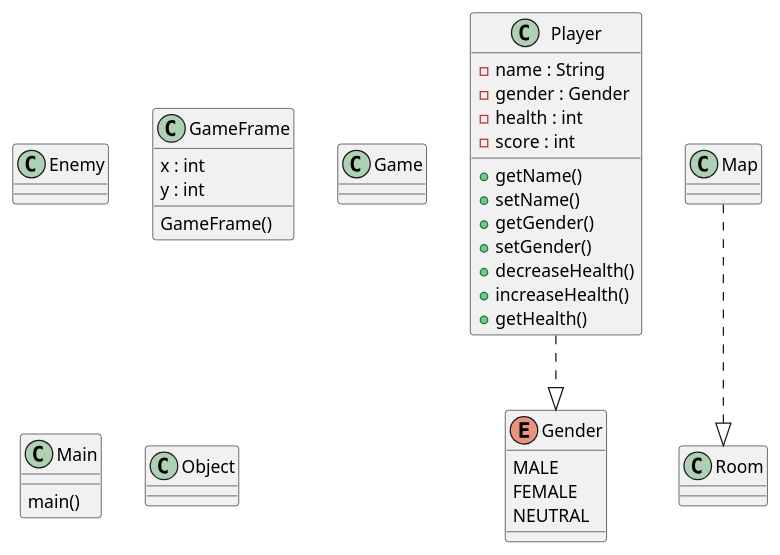
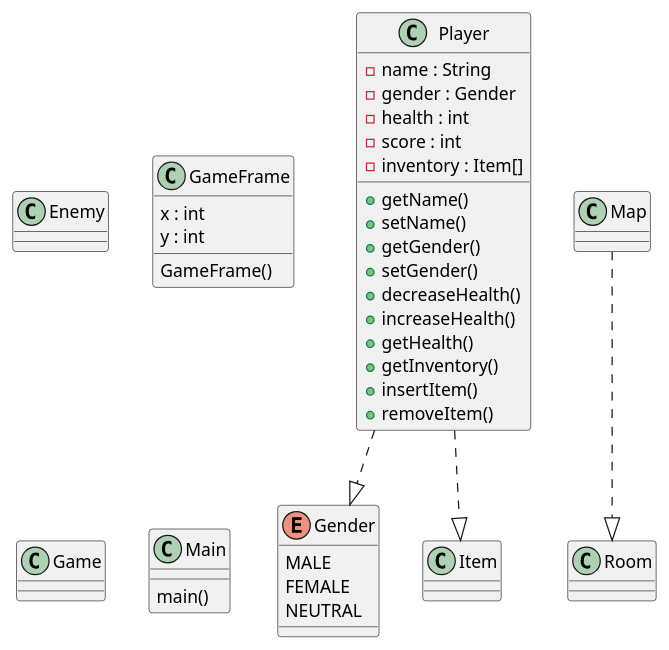
The diagram in Diagrams/DesignClassModel.plantuml (nardib/TextAdventure), drawn with PlantUML before and after one commit. The commit also changed 5 other files, not shown here.

Commit message:
Little modifications to Diagrams and added inventory and it's relative methods in Player class

```diff
--- a/Diagrams/DesignClassModel.plantuml
+++ b/Diagrams/DesignClassModel.plantuml
@@ -1,40 +1,45 @@
 @startuml DesignClassModel
 
     class Player {
         -name : String
         -gender : Gender
         -health : int
-        -score : int    
+        -score : int
+        -inventory : Item[]
         +getName()
         +setName()
         +getGender()
         +setGender()
         +decreaseHealth()
         +increaseHealth()
         +getHealth()
+        +getInventory()
+        +insertItem()
+        +removeItem()
     }
 
     enum Gender {
         MALE
         FEMALE
         NEUTRAL
     }
     class Enemy
     class GameFrame {
         x : int
         y : int
         GameFrame()
     }
     class Game
     class Main {
         main()
     }
-    class Object
+    class Item
     class Map
     class Room
 
     Player ..|> Gender
     Map ..|> Room
+    Player ..|> Item
 
 
 @enduml
```
